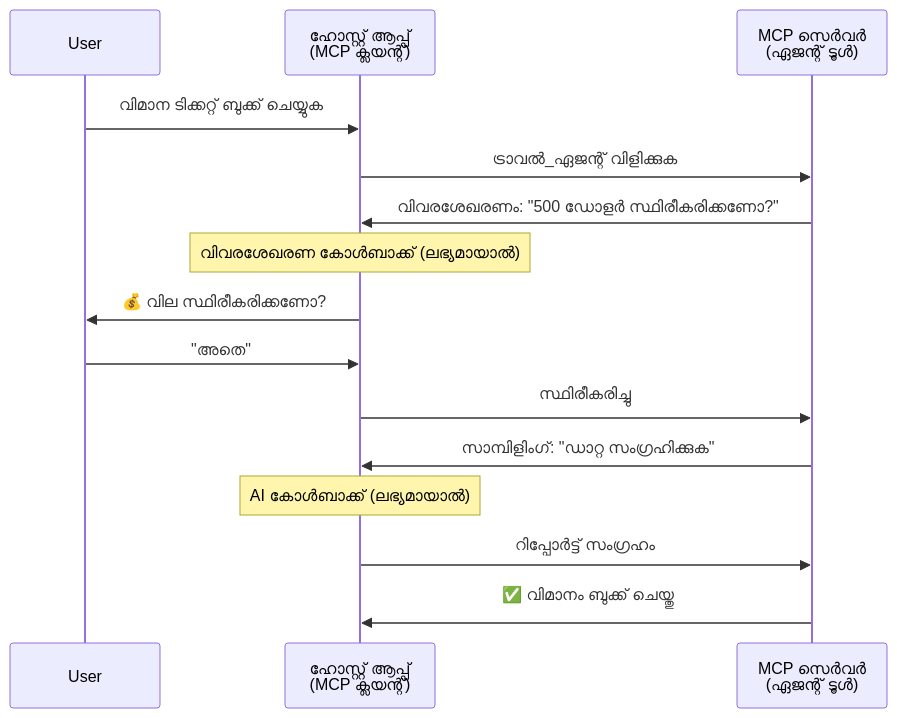
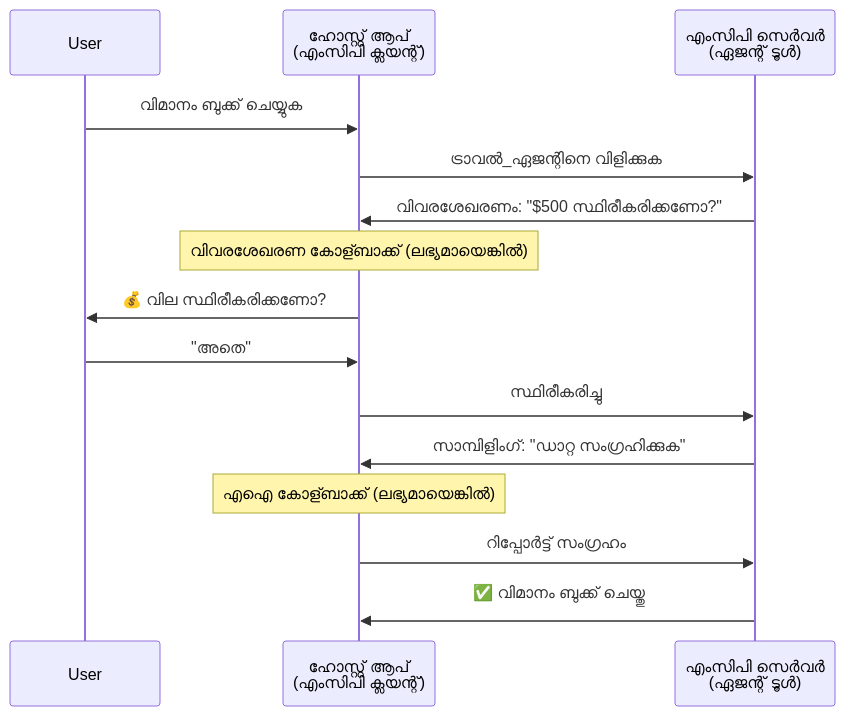
Before and after one commit to microsoft/ai-agents-for-beginners: the fourth of 5 diagrams in translations/ml/11-agentic-protocols/code_samples/mcp-agents/README.md, drawn with Mermaid. The commit also changed other lines of this file and 224 other files, not shown here.

````diff
--- a/translations/ml/11-agentic-protocols/code_samples/mcp-agents/README.md
+++ b/translations/ml/11-agentic-protocols/code_samples/mcp-agents/README.md
@@ -160,21 +163,21 @@
 ```mermaid
 sequenceDiagram
     participant User
-    participant Host as ഹോസ്റ്റ് ആപ്പ്<br/>(MCP ക്ലയന്റ്)
-    participant Server as MCP സെർവർ<br/>(ഏജന്റ് ടൂൾ)
+    participant Host as ഹോസ്റ്റ് ആപ്<br/>(എംസിപി ക്ലയന്റ്)
+    participant Server as എംസിപി സെർവർ<br/>(ഏജന്റ് ടൂൾ)
 
-    User->>Host: വിമാന ടിക്കറ്റ് ബുക്ക് ചെയ്യുക
-    Host->>Server: ട്രാവൽ_ഏജന്റ് വിളിക്കുക
+    User->>Host: വിമാനം ബുക്ക് ചെയ്യുക
+    Host->>Server: ട്രാവൽ_ഏജന്റിനെ വിളിക്കുക
 
-    Server->>Host: വിവരശേഖരണം: "500 ഡോളർ സ്ഥിരീകരിക്കണോ?"
-    Note over Host: വിവരശേഖരണ കോൾബാക്ക് (ലഭ്യമായാൽ)
+    Server->>Host: വിവരശേഖരണം: "$500 സ്ഥിരീകരിക്കണോ?"
+    Note over Host: വിവരശേഖരണ കോള്ബാക്ക് (ലഭ്യമായെങ്കിൽ)
     Host->>User: 💰 വില സ്ഥിരീകരിക്കണോ?
     User->>Host: "അതെ"
     Host->>Server: സ്ഥിരീകരിച്ചു
 
     Server->>Host: സാമ്പിളിംഗ്: "ഡാറ്റ സംഗ്രഹിക്കുക"
-    Note over Host: AI കോൾബാക്ക് (ലഭ്യമായാൽ)
+    Note over Host: എഐ കോള്ബാക്ക് (ലഭ്യമായെങ്കിൽ)
     Host->>Server: റിപ്പോർട്ട് സംഗ്രഹം
 
     Server->>Host: ✅ വിമാനം ബുക്ക് ചെയ്തു
 ```
````
